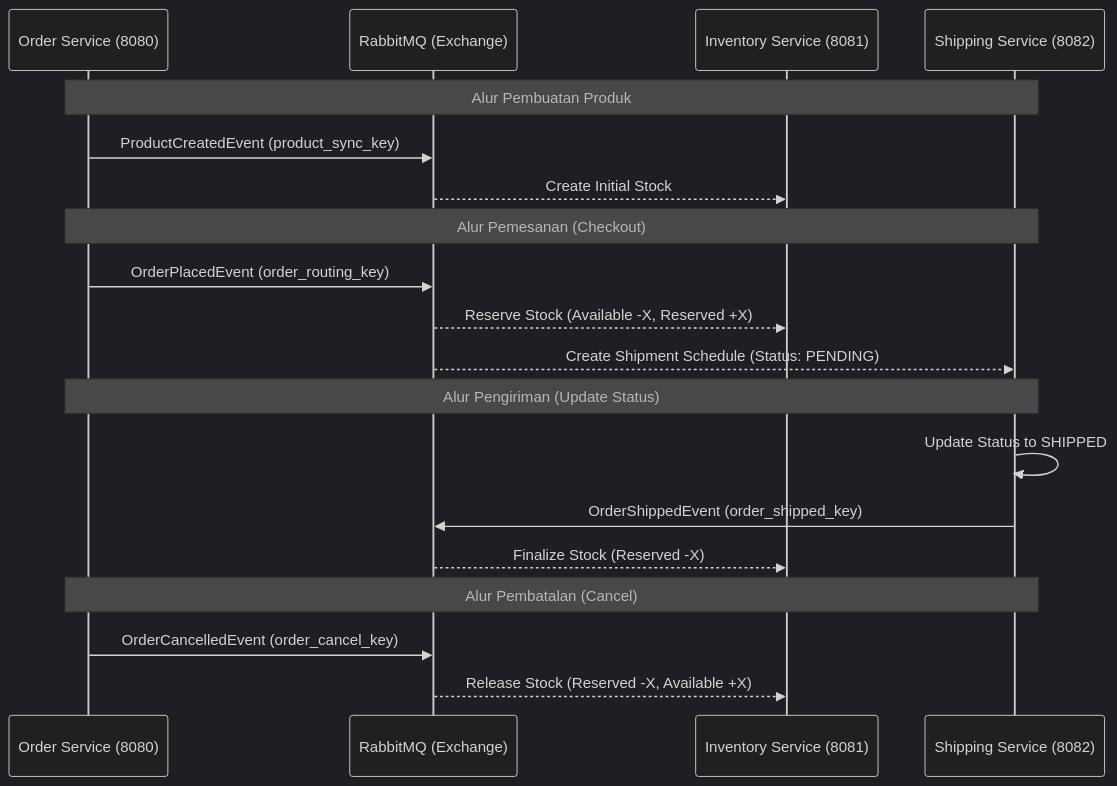
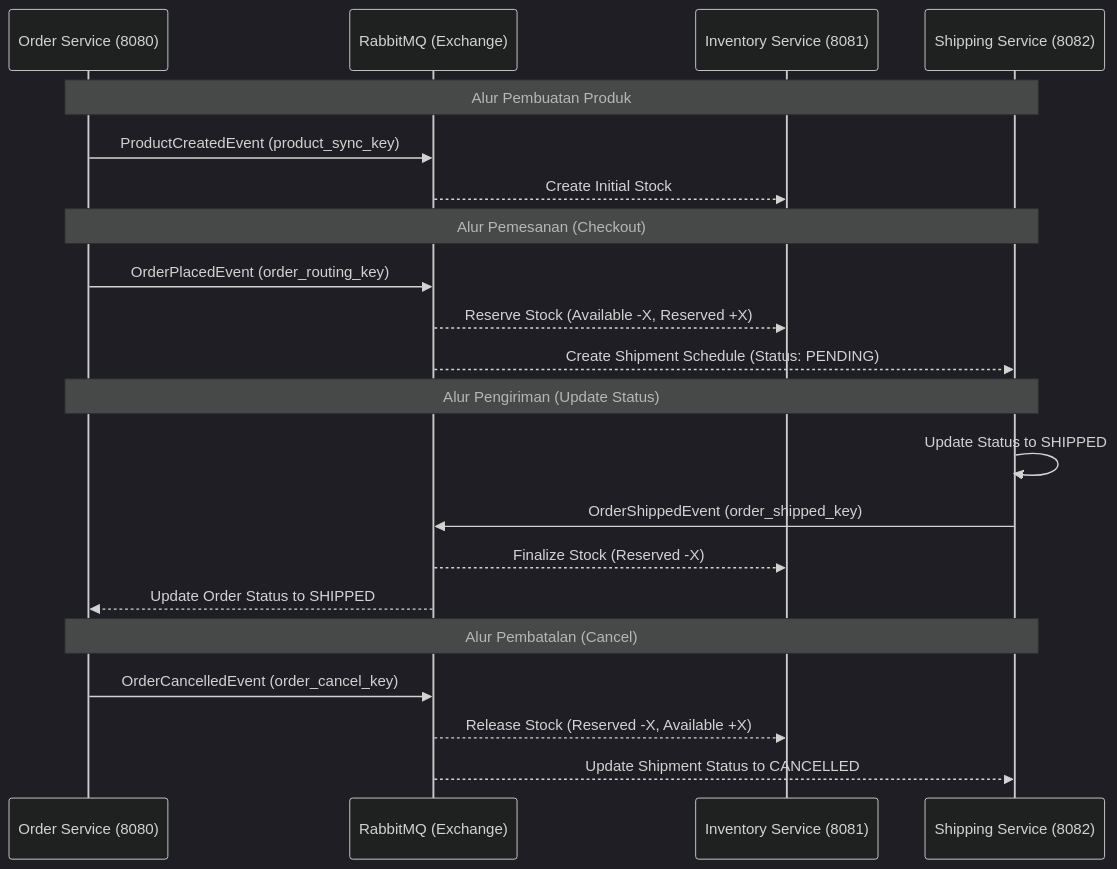
Before and after one commit to lynxrawrr/OrderManagement-EAI-B-Kelompok10: the diagram in ARSITEKTUR_DAN_RELASI.md, drawn with Mermaid (dark theme). The commit also changed other lines of this file and 4 other files, not shown here.

````diff
--- a/ARSITEKTUR_DAN_RELASI.md
+++ b/ARSITEKTUR_DAN_RELASI.md
@@ -26,25 +26,27 @@
 ```mermaid
 sequenceDiagram
     participant O as Order Service (8080)
     participant R as RabbitMQ (Exchange)
     participant I as Inventory Service (8081)
     participant S as Shipping Service (8082)
 
     Note over O, S: Alur Pembuatan Produk
     O->>R: ProductCreatedEvent (product_sync_key)
     R-->>I: Create Initial Stock
 
     Note over O, S: Alur Pemesanan (Checkout)
     O->>R: OrderPlacedEvent (order_routing_key)
     R-->>I: Reserve Stock (Available -X, Reserved +X)
     R-->>S: Create Shipment Schedule (Status: PENDING)
 
     Note over O, S: Alur Pengiriman (Update Status)
     S->>S: Update Status to SHIPPED
     S->>R: OrderShippedEvent (order_shipped_key)
     R-->>I: Finalize Stock (Reserved -X)
+    R-->>O: Update Order Status to SHIPPED
 
     Note over O, S: Alur Pembatalan (Cancel)
     O->>R: OrderCancelledEvent (order_cancel_key)
     R-->>I: Release Stock (Reserved -X, Available +X)
+    R-->>S: Update Shipment Status to CANCELLED
 ```
````
